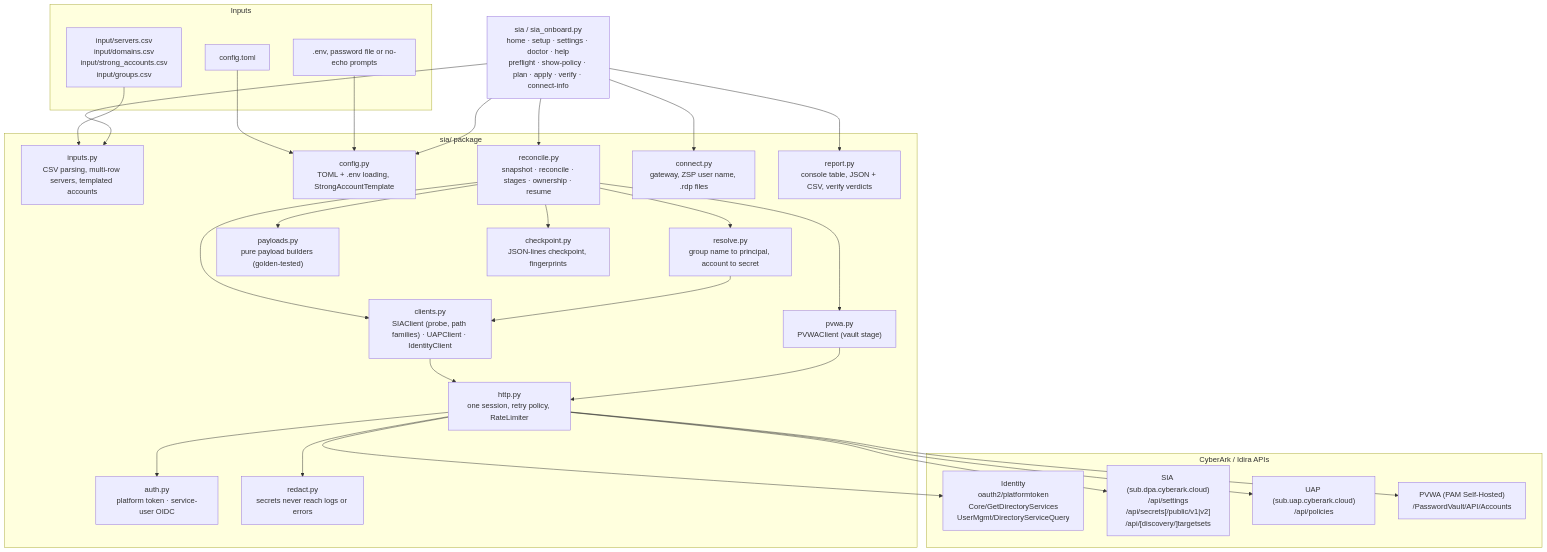
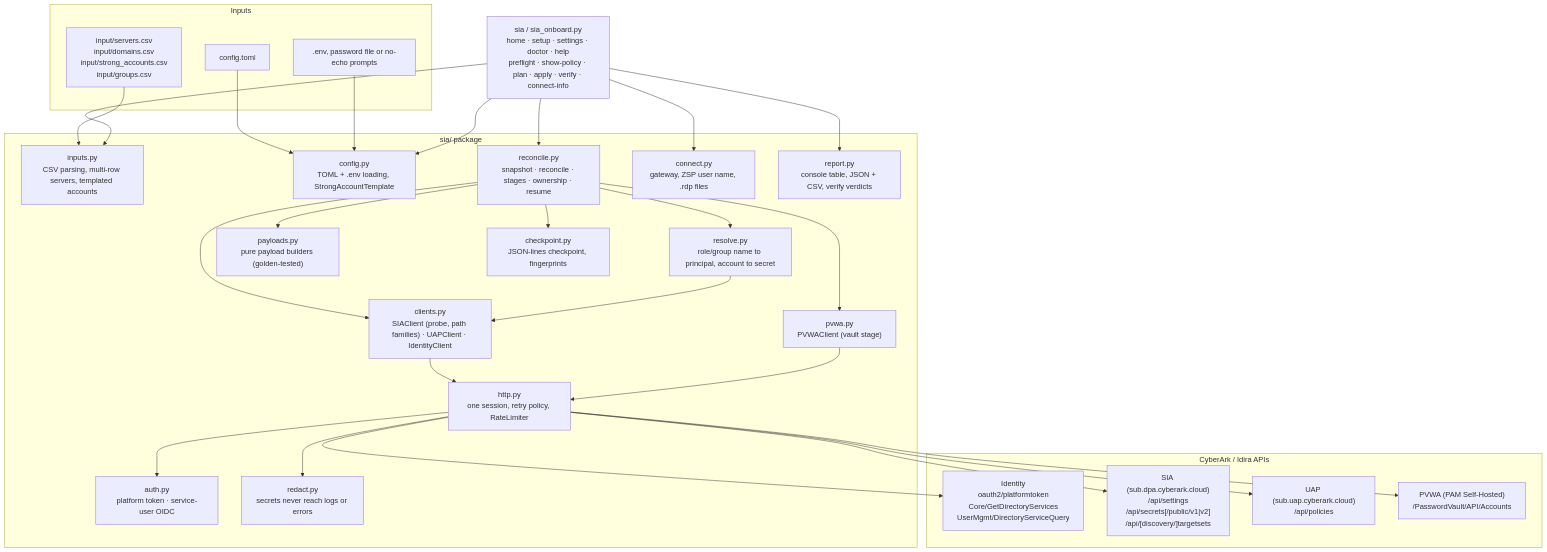
One commit to umair-wwt/sia-policy changed the first of 3 diagrams in docs/DEVELOPER.md. Above: the diagram before and after it, drawn with Mermaid. The commit also changed other lines of this file and 43 other files, not shown here.

````diff
--- a/docs/DEVELOPER.md
+++ b/docs/DEVELOPER.md
@@ -32,52 +32,52 @@
 ```mermaid
 flowchart TB
     subgraph inputs["Inputs"]
         CSV["input/servers.csv<br/>input/domains.csv<br/>input/strong_accounts.csv<br/>input/groups.csv"]
         CFG["config.toml"]
         ENV[".env, password file or no-echo prompts"]
     end
     CLI["sia / sia_onboard.py<br/>home · setup · settings · doctor · help<br/>preflight · show-policy · plan · apply · verify · connect-info"]
     subgraph core["sia/ package"]
         INP["inputs.py<br/>CSV parsing, multi-row servers, templated accounts"]
         CONF["config.py<br/>TOML + .env loading, StrongAccountTemplate"]
         REC["reconcile.py<br/>snapshot · reconcile · stages · ownership · resume"]
-        RES["resolve.py<br/>group name to principal, account to secret"]
+        RES["resolve.py<br/>role/group name to principal, account to secret"]
         PAY["payloads.py<br/>pure payload builders (golden-tested)"]
         CL["clients.py<br/>SIAClient (probe, path families) · UAPClient · IdentityClient"]
         PV["pvwa.py<br/>PVWAClient (vault stage)"]
         HTTP["http.py<br/>one session, retry policy, RateLimiter"]
         AUTH["auth.py<br/>platform token · service-user OIDC"]
         RED["redact.py<br/>secrets never reach logs or errors"]
         CK["checkpoint.py<br/>JSON-lines checkpoint, fingerprints"]
         CON["connect.py<br/>gateway, ZSP user name, .rdp files"]
         REP["report.py<br/>console table, JSON + CSV, verify verdicts"]
     end
     subgraph apis["CyberArk / Idira APIs"]
         ID["Identity<br/>oauth2/platformtoken<br/>Core/GetDirectoryServices<br/>UserMgmt/DirectoryServiceQuery"]
         DPA["SIA (sub.dpa.cyberark.cloud)<br/>/api/settings<br/>/api/secrets[/public/v1|v2]<br/>/api/[discovery/]targetsets"]
         UAPI["UAP (sub.uap.cyberark.cloud)<br/>/api/policies"]
         PVWA["PVWA (PAM Self-Hosted)<br/>/PasswordVault/API/Accounts"]
     end
     CSV --> INP
     CFG --> CONF
     ENV --> CONF
     CLI --> INP
     CLI --> CONF
     CLI --> REC
     CLI --> REP
     CLI --> CON
     REC --> RES
     REC --> PAY
     REC --> CL
     REC --> PV
     REC --> CK
     RES --> CL
     CL --> HTTP
     PV --> HTTP
     HTTP --> AUTH
     HTTP --> RED
     HTTP --> ID
     HTTP --> DPA
     HTTP --> UAPI
     HTTP --> PVWA
 ```
````
